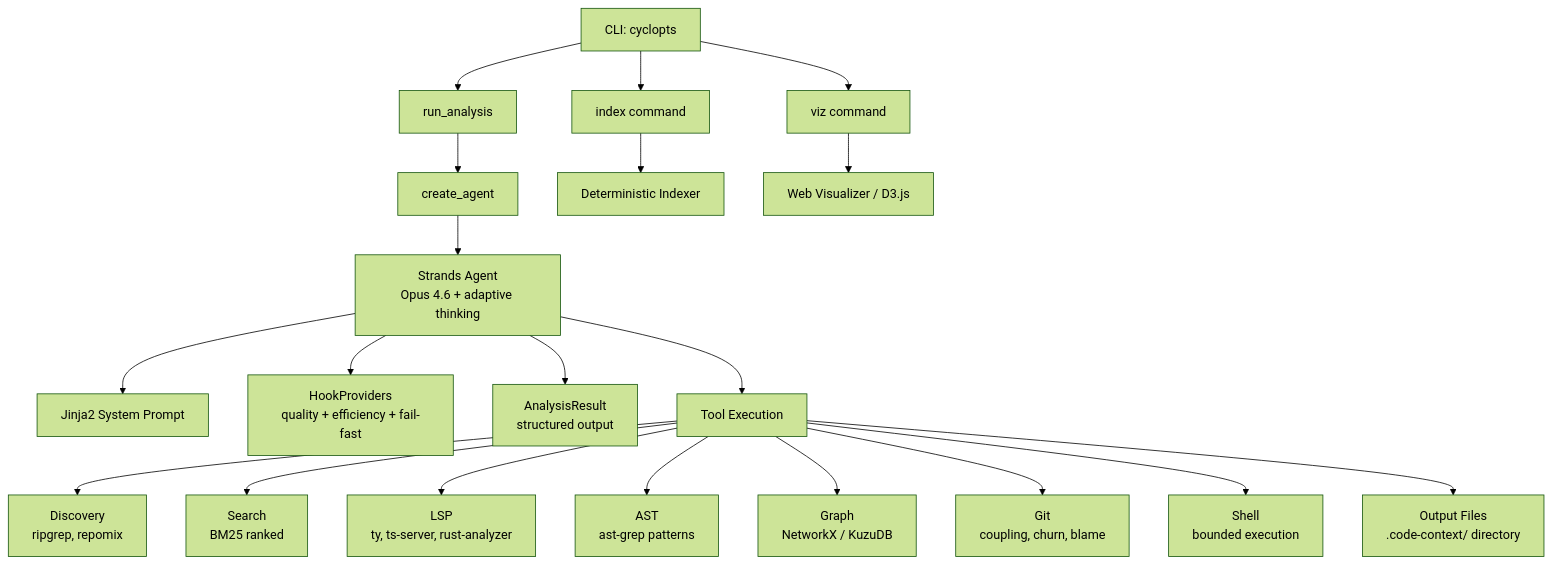
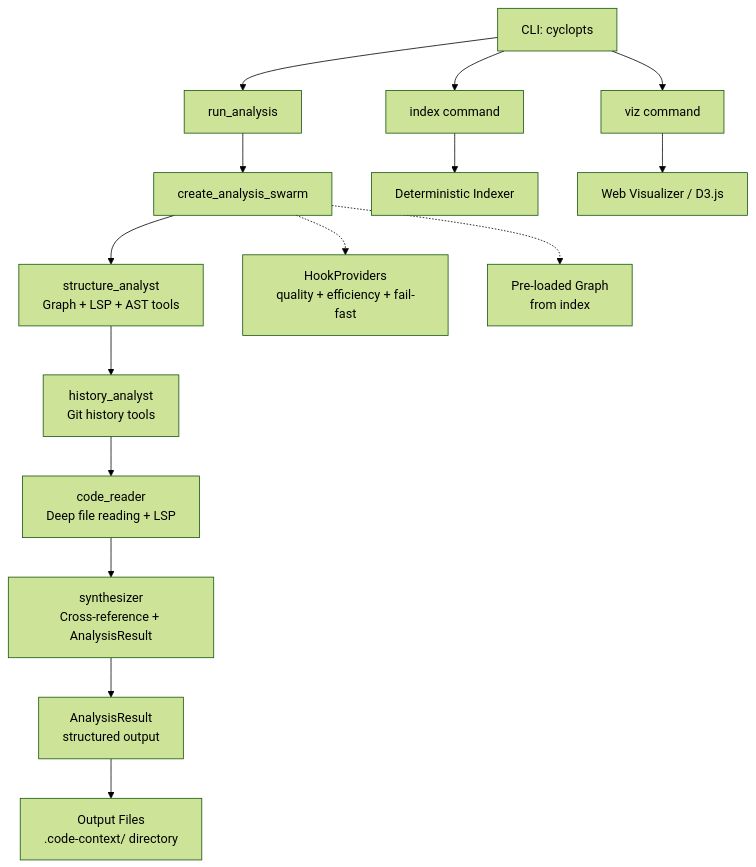
Before and after one commit to theagenticguy/code-context-agent: the diagram in docs/index.md, drawn with Mermaid (forest theme). The commit also changed other lines of this file and 16 other files, not shown here.

````diff
--- a/docs/index.md
+++ b/docs/index.md
@@ -40,22 +40,17 @@
 ```mermaid
 flowchart TD
     A[CLI: cyclopts] --> B[run_analysis]
     A --> IDX[index command]
     A --> VIZ[viz command]
-    B --> C[create_agent]
+    B --> SW[create_analysis_swarm]
     IDX --> IDXP[Deterministic Indexer]
     VIZ --> VIZS[Web Visualizer / D3.js]
-    C --> D[Strands Agent<br/>Opus 4.6 + adaptive thinking]
-    D --> E[Jinja2 System Prompt]
-    D --> F[HookProviders<br/>quality + efficiency + fail-fast]
-    D --> G[AnalysisResult<br/>structured output]
-    D --> H[Tool Execution]
-    H --> I[Discovery<br/>ripgrep, repomix]
-    H --> S[Search<br/>BM25 ranked]
-    H --> J[LSP<br/>ty, ts-server, rust-analyzer]
-    H --> K[AST<br/>ast-grep patterns]
-    H --> L[Graph<br/>NetworkX / KuzuDB]
-    H --> M[Git<br/>coupling, churn, blame]
-    H --> N[Shell<br/>bounded execution]
-    H --> O[Output Files<br/>.code-context/ directory]
+    SW --> SA[structure_analyst<br/>Graph + LSP + AST tools]
+    SA --> HA[history_analyst<br/>Git history tools]
+    HA --> CR[code_reader<br/>Deep file reading + LSP]
+    CR --> SY[synthesizer<br/>Cross-reference + AnalysisResult]
+    SY --> G[AnalysisResult<br/>structured output]
+    G --> O[Output Files<br/>.code-context/ directory]
+    SW -.-> F[HookProviders<br/>quality + efficiency + fail-fast]
+    SW -.-> GP[Pre-loaded Graph<br/>from index]
 ```
````
